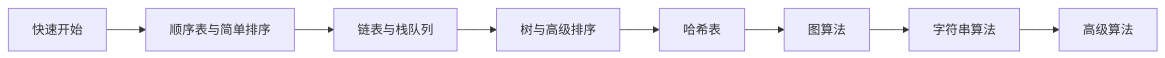
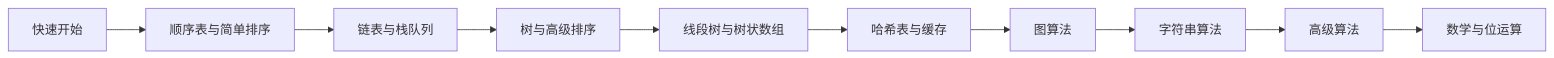
One commit to Wunseol/data-structures-and-algorithms changed the diagram in docs/learning/00-快速开始.md. Above: the diagram before and after it, drawn with Mermaid. The commit also changed other lines of this file and 15 other files, not shown here.

````diff
--- a/docs/learning/00-快速开始.md
+++ b/docs/learning/00-快速开始.md
@@ -46,10 +46,12 @@
 ```mermaid
 graph LR
     A[快速开始] --> B[顺序表与简单排序]
     B --> C[链表与栈队列]
     C --> D[树与高级排序]
-    D --> E[哈希表]
+    D --> D2[线段树与树状数组]
+    D2 --> E[哈希表与缓存]
     E --> F[图算法]
     F --> G[字符串算法]
     G --> H[高级算法]
+    H --> I[数学与位运算]
 ```
````
